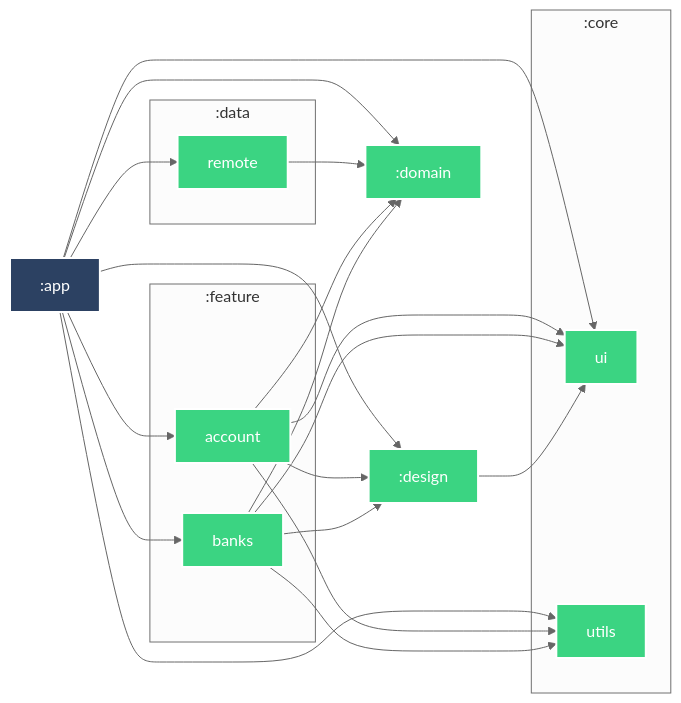
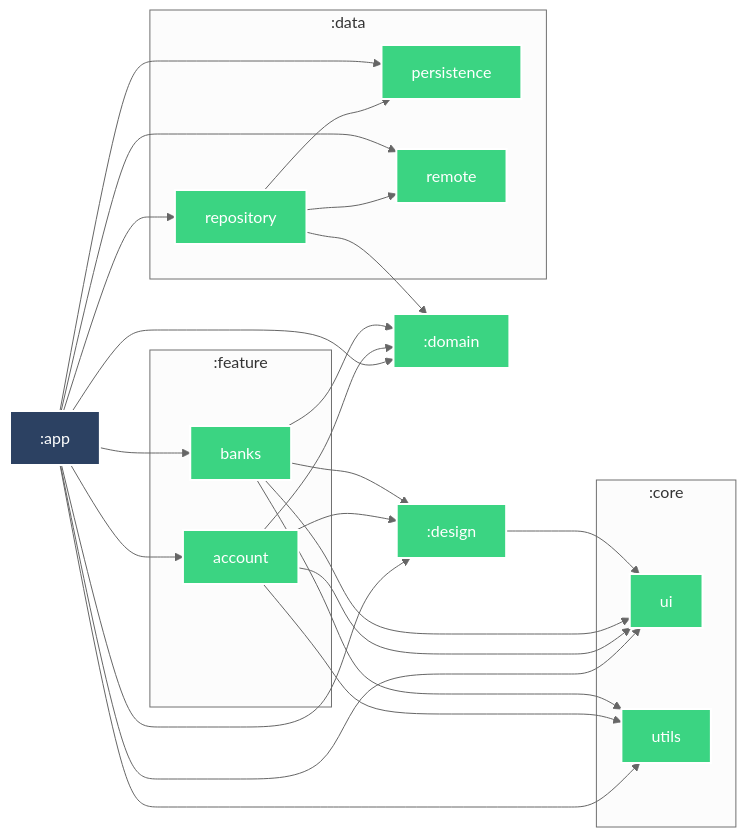
One commit to r4dixx/CATSikel changed the diagram in docs/README.md. Above: the diagram before and after it, drawn with Mermaid. The commit also changed 14 other files, not shown here.

````diff
--- a/docs/README.md
+++ b/docs/README.md
@@ -3,49 +3,57 @@
 ```mermaid
 %%{
   init: {
     'theme': 'neutral'
   }
 }%%
 
 graph LR
   subgraph :core
     :core:ui["ui"]
     :core:utils["utils"]
   end
   subgraph :data
+    :data:persistence["persistence"]
     :data:remote["remote"]
+    :data:repository["repository"]
   end
   subgraph :feature
     :feature:banks["banks"]
     :feature:account["account"]
   end
   :design --> :core:ui
   :feature:banks --> :core:ui
   :feature:banks --> :core:utils
   :feature:banks --> :design
   :feature:banks --> :domain
   :feature:account --> :core:ui
   :feature:account --> :core:utils
   :feature:account --> :design
   :feature:account --> :domain
-  :data:remote --> :domain
   :app --> :core:ui
   :app --> :core:utils
+  :app --> :data:persistence
   :app --> :data:remote
+  :app --> :data:repository
   :app --> :design
   :app --> :domain
   :app --> :feature:account
   :app --> :feature:banks
+  :data:repository --> :data:persistence
+  :data:repository --> :data:remote
+  :data:repository --> :domain
 
 classDef android-library fill:#3BD482,stroke:#fff,stroke-width:2px,color:#fff;
 classDef android-application fill:#2C4162,stroke:#fff,stroke-width:2px,color:#fff;
 class :design android-library
 class :core:ui android-library
 class :feature:banks android-library
 class :core:utils android-library
 class :domain android-library
 class :feature:account android-library
+class :app android-application
+class :data:persistence android-library
 class :data:remote android-library
-class :app android-application
+class :data:repository android-library
 
 ```
````
